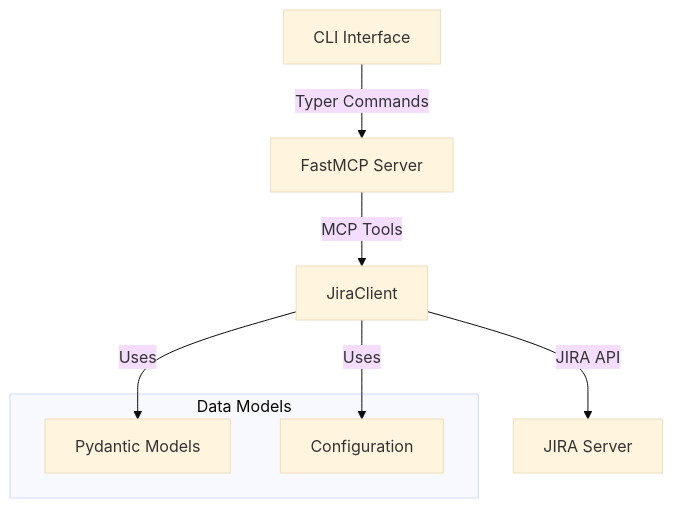
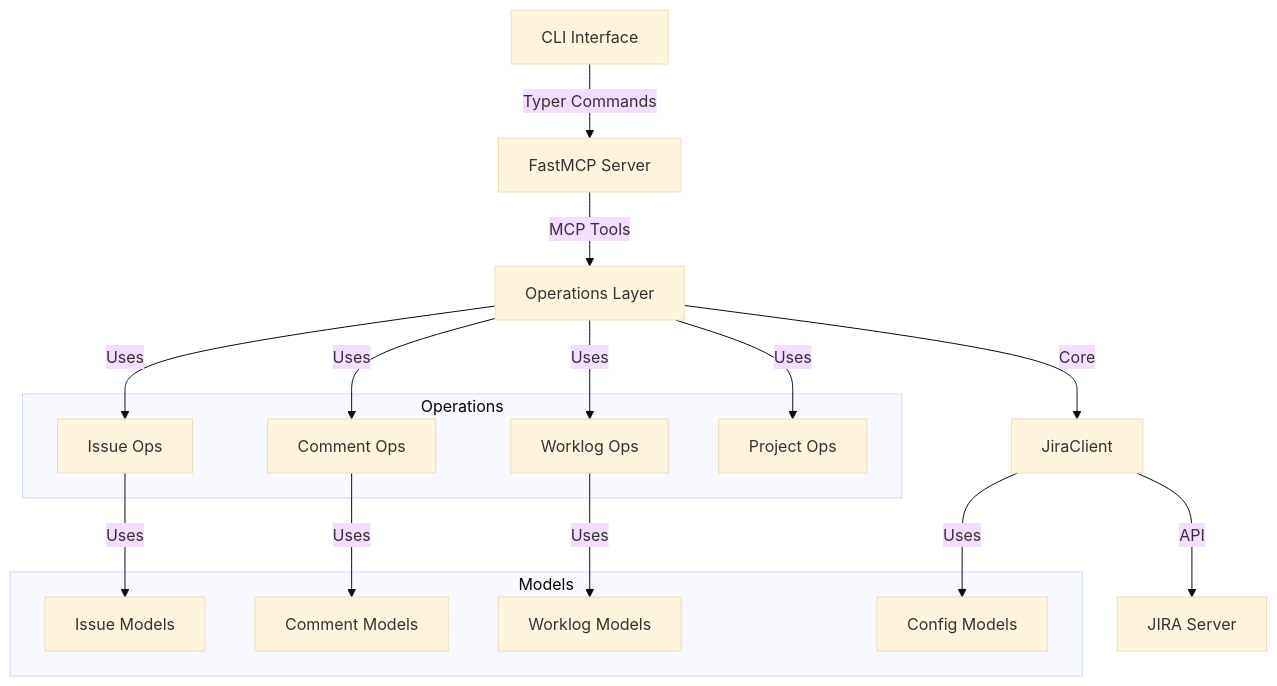
One commit to klauseduard/vibe-coded-jira-mcp changed the first of 4 diagrams in ARCHITECTURE.md. Above: the diagram before and after it, drawn with Mermaid (base theme). The commit also changed other lines of this file and 2 other files, not shown here.

Commit message:
docs: Update documentation to reflect modular architecture

````diff
--- a/ARCHITECTURE.md
+++ b/ARCHITECTURE.md
@@ -9,14 +9,31 @@
 ```mermaid
 graph TD
     A[CLI Interface] -->|Typer Commands| B[FastMCP Server]
-    B -->|MCP Tools| C[JiraClient]
-    C -->|JIRA API| D[JIRA Server]
+    B -->|MCP Tools| C[Operations Layer]
+    C -->|Core| D[JiraClient]
+    D -->|API| E[JIRA Server]
     
-    subgraph Data Models
-        E[Pydantic Models]
-        F[Configuration]
+    subgraph Models
+        F[Issue Models]
+        G[Comment Models]
+        H[Worklog Models]
+        I[Config Models]
     end
     
-    C -->|Uses| E
-    C -->|Uses| F
+    subgraph Operations
+        J[Issue Ops]
+        K[Comment Ops]
+        L[Worklog Ops]
+        M[Project Ops]
+    end
+    
+    C -->|Uses| J
+    C -->|Uses| K
+    C -->|Uses| L
+    C -->|Uses| M
+    
+    J -->|Uses| F
+    K -->|Uses| G
+    L -->|Uses| H
+    D -->|Uses| I
 ```
````
